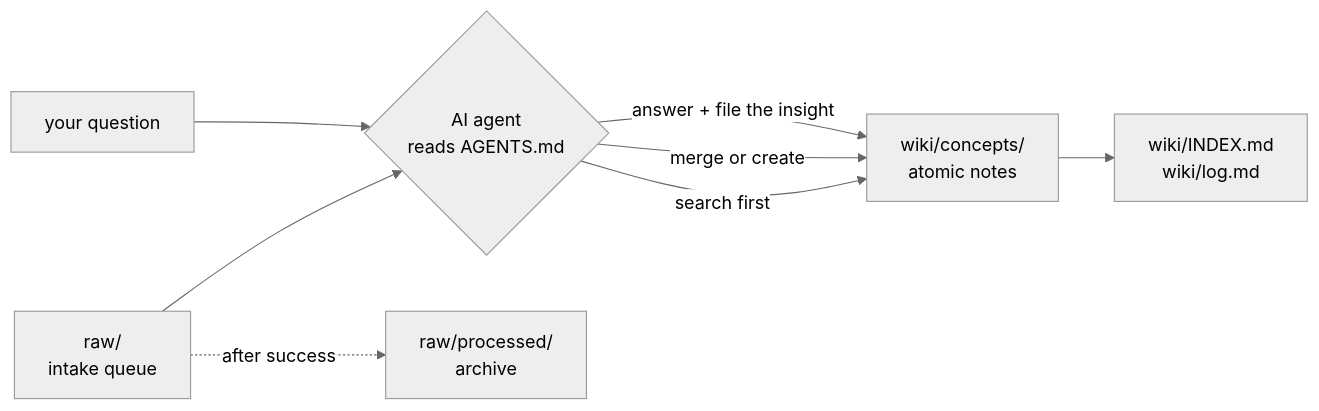
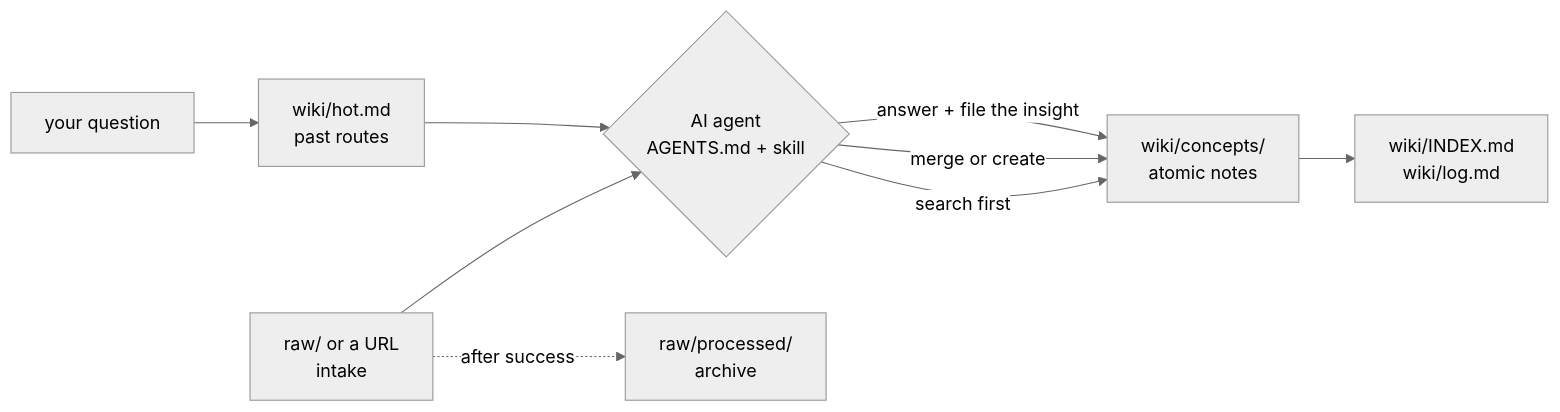
The diagram in README.md (phatnguyen080401/knowledge-base), drawn with Mermaid (neutral theme) before and after one commit. The commit also changed other lines of this file, not shown here.

First line of the commit message:
docs: refresh README for the new skills and hot.md

````diff
--- a/README.md
+++ b/README.md
@@ -31,10 +29,11 @@
 ```mermaid
 flowchart LR
-    A["raw/<br/>intake queue"] --> B{"AI agent<br/>reads AGENTS.md"}
+    A["raw/ or a URL<br/>intake"] --> B{"AI agent<br/>AGENTS.md + skill"}
     B -->|"search first"| C["wiki/concepts/<br/>atomic notes"]
     B -->|"merge or create"| C
     C --> D["wiki/INDEX.md<br/>wiki/log.md"]
     A -.->|"after success"| E["raw/processed/<br/>archive"]
-    F["your question"] --> B
+    F["your question"] --> H["wiki/hot.md<br/>past routes"]
+    H --> B
     B -->|"answer + file the insight"| C
 ```
````
